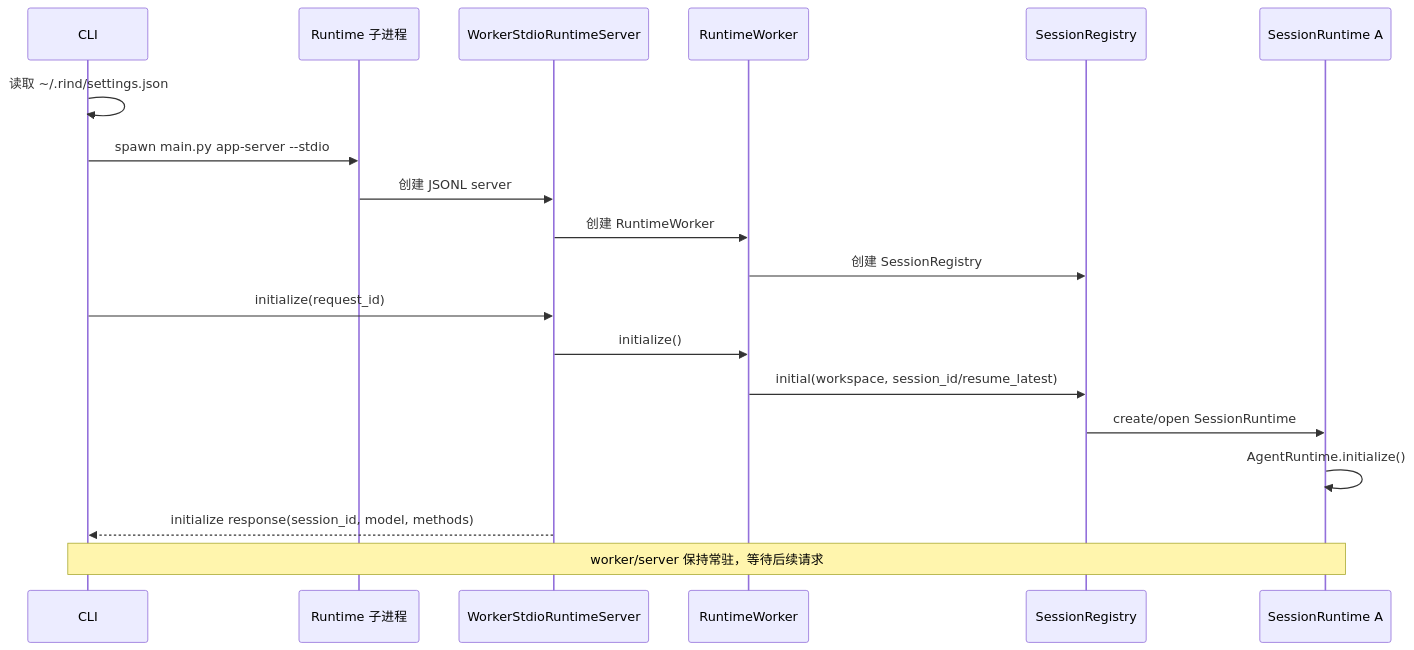
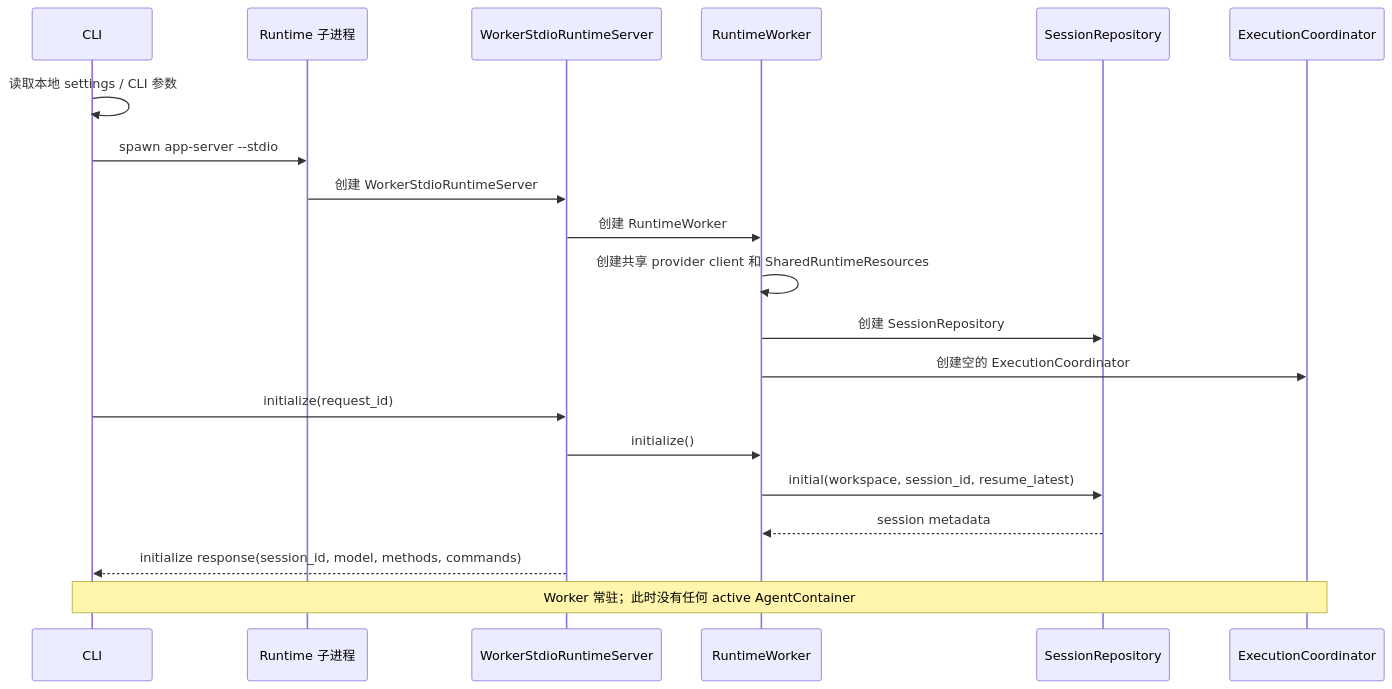
The third of 8 diagrams in docs/cli-turn-flow.md (Azzurroooo/rind), drawn with Mermaid before and after one commit. The commit also changed other lines of this file and 4 other files, not shown here.

Commit message:
refactor: centralize worker execution lifecycle

````diff
--- a/docs/cli-turn-flow.md
+++ b/docs/cli-turn-flow.md
@@ -72,22 +123,23 @@
 ```mermaid
 sequenceDiagram
     participant C as CLI
     participant P as Runtime 子进程
     participant S as WorkerStdioRuntimeServer
     participant W as RuntimeWorker
-    participant R as SessionRegistry
-    participant A as SessionRuntime A
+    participant R as SessionRepository
+    participant E as ExecutionCoordinator
 
-    C->>C: 读取 ~/.rind/settings.json
-    C->>P: spawn main.py app-server --stdio
-    P->>S: 创建 JSONL server
+    C->>C: 读取本地 settings / CLI 参数
+    C->>P: spawn app-server --stdio
+    P->>S: 创建 WorkerStdioRuntimeServer
     S->>W: 创建 RuntimeWorker
-    W->>R: 创建 SessionRegistry
+    W->>W: 创建共享 provider client 和 SharedRuntimeResources
+    W->>R: 创建 SessionRepository
+    W->>E: 创建空的 ExecutionCoordinator
     C->>S: initialize(request_id)
     S->>W: initialize()
-    W->>R: initial(workspace, session_id/resume_latest)
-    R->>A: create/open SessionRuntime
-    A->>A: AgentRuntime.initialize()
-    S-->>C: initialize response(session_id, model, methods)
-    Note over C,A: worker/server 保持常驻，等待后续请求
+    W->>R: initial(workspace, session_id, resume_latest)
+    R-->>W: session metadata
+    S-->>C: initialize response(session_id, model, methods, commands)
+    Note over C,E: Worker 常驻；此时没有任何 active AgentContainer
 ```
````
